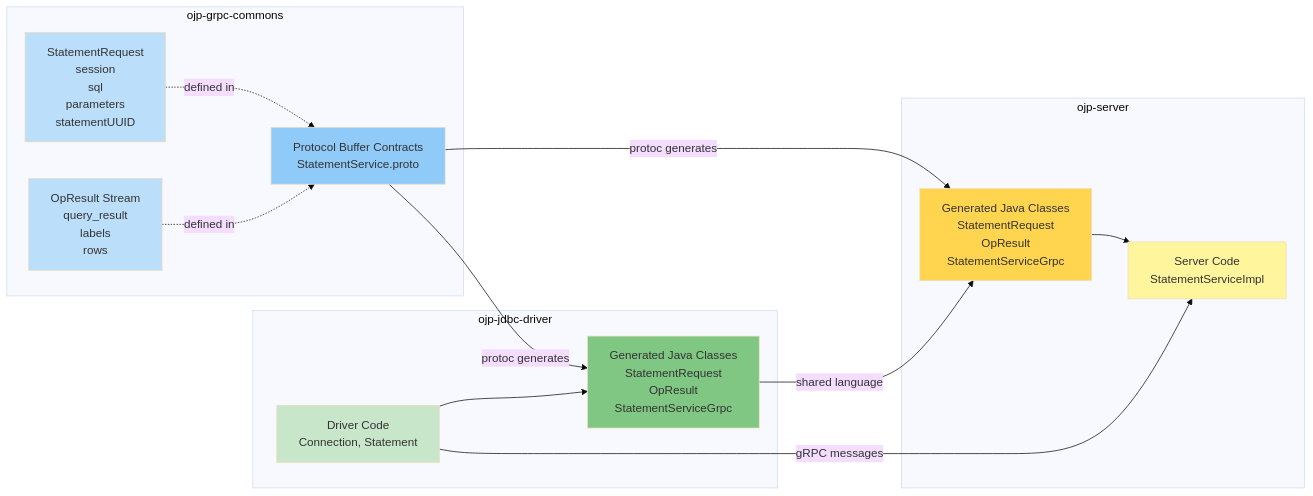
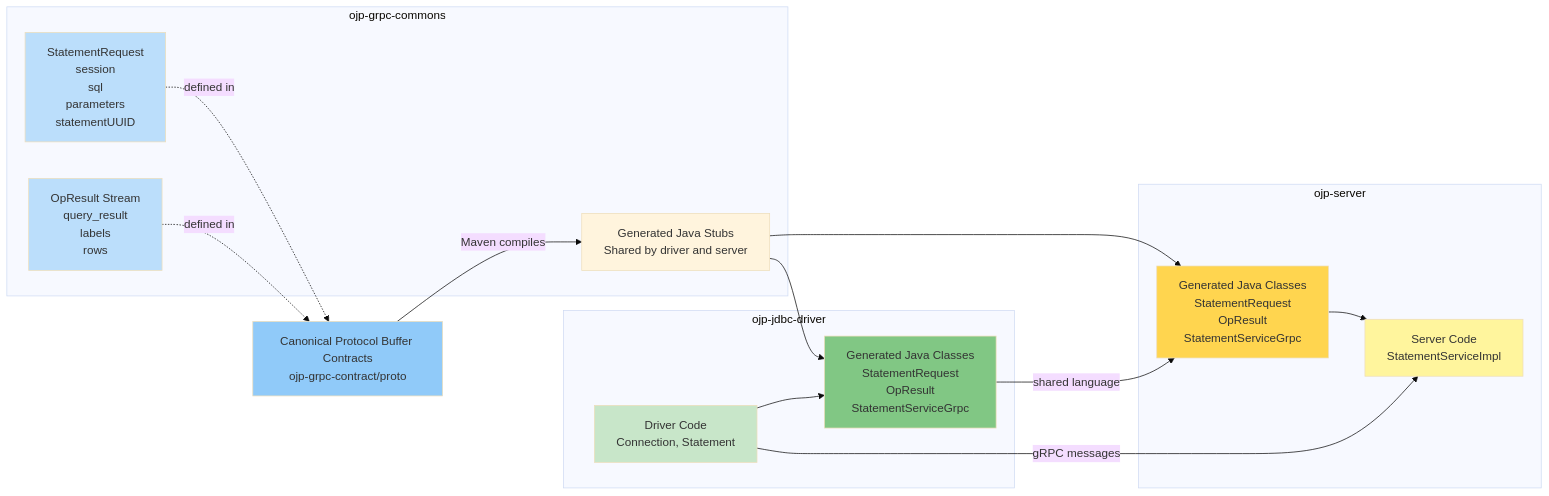
The fifth of 19 diagrams in documents/ebook/part1-chapter2-architecture.md (Open-J-Proxy/ojp), drawn with Mermaid (base theme) before and after one commit. The commit also changed other lines of this file and 30 other files, not shown here.

Commit message:
refactor: make shared contract the Java proto source

````diff
--- a/documents/ebook/part1-chapter2-architecture.md
+++ b/documents/ebook/part1-chapter2-architecture.md
@@ -311,31 +311,33 @@
 ```mermaid
 graph LR
+    PROTO[Canonical Protocol Buffer Contracts<br/>ojp-grpc-contract/proto]
     subgraph "ojp-jdbc-driver"
     DRIVER_CODE[Driver Code<br/>Connection, Statement]
     DRIVER_GEN[Generated Java Classes<br/>StatementRequest<br/>OpResult<br/>StatementServiceGrpc]
     end
     subgraph "ojp-grpc-commons"
-    PROTO[Protocol Buffer Contracts<br/>StatementService.proto]
+    COMMONS_GEN[Generated Java Stubs<br/>Shared by driver and server]
     SAMPLE_REQ[StatementRequest<br/>session<br/>sql<br/>parameters<br/>statementUUID]
     SAMPLE_RES[OpResult Stream<br/>query_result<br/>labels<br/>rows]
     end
     subgraph "ojp-server"
     SERVER_GEN[Generated Java Classes<br/>StatementRequest<br/>OpResult<br/>StatementServiceGrpc]
     SERVER_CODE[Server Code<br/>StatementServiceImpl]
     end
-    PROTO -->|protoc generates| DRIVER_GEN
-    PROTO -->|protoc generates| SERVER_GEN
+    PROTO -->|Maven compiles| COMMONS_GEN
+    COMMONS_GEN --> DRIVER_GEN
+    COMMONS_GEN --> SERVER_GEN
     SAMPLE_REQ -.->|defined in| PROTO
     SAMPLE_RES -.->|defined in| PROTO
     DRIVER_CODE --> DRIVER_GEN
     SERVER_GEN --> SERVER_CODE
     DRIVER_GEN -->|shared language| SERVER_GEN
     DRIVER_CODE -->|gRPC messages| SERVER_CODE
     style PROTO fill:#90caf9
     style SAMPLE_REQ fill:#bbdefb
     style SAMPLE_RES fill:#bbdefb
     style DRIVER_GEN fill:#81c784
     style DRIVER_CODE fill:#c8e6c9
     style SERVER_GEN fill:#ffd54f
     style SERVER_CODE fill:#fff59d
 ```
````
